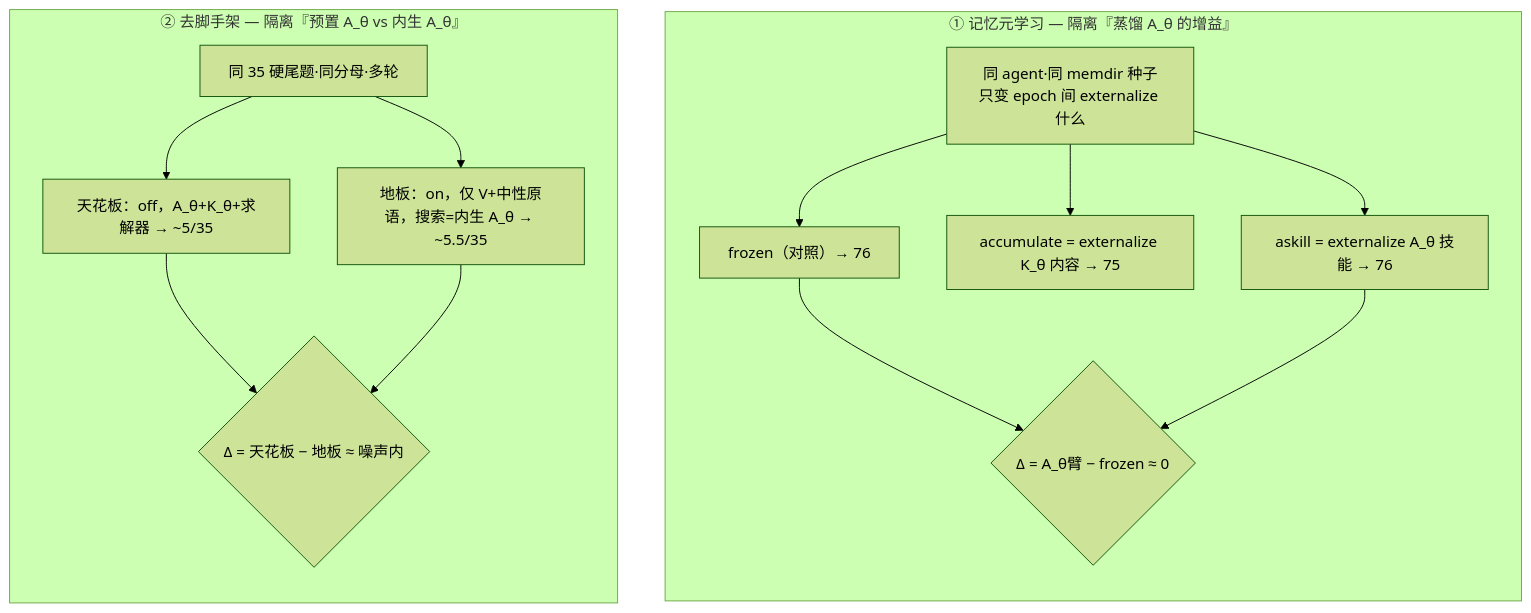
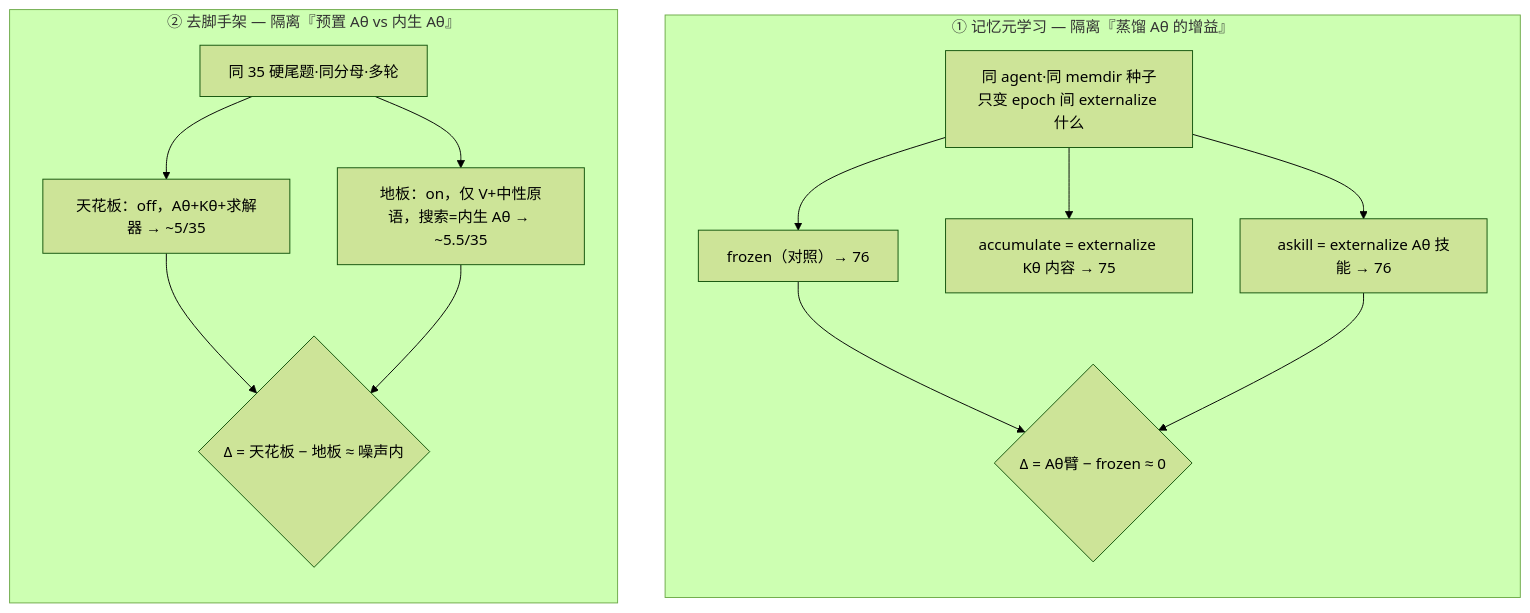
One commit to wenhui-ml/AI4RNA changed the second of 2 diagrams in docs/weekly-report/2026-07-10.md. Above: the diagram before and after it, drawn with Mermaid (forest theme). The commit also changed other lines of this file, not shown here.

````diff
--- a/docs/weekly-report/2026-07-10.md
+++ b/docs/weekly-report/2026-07-10.md
@@ -52,18 +54,18 @@
 ```mermaid
 flowchart TB
-  subgraph E_MEM["① 记忆元学习 — 隔离『蒸馏 A_θ 的增益』"]
+  subgraph E_MEM["① 记忆元学习 — 隔离『蒸馏 Aθ 的增益』"]
     direction TB
     B1["同 agent·同 memdir 种子<br/>只变 epoch 间 externalize 什么"] --> M_F["frozen（对照）→ 76"]
-    B1 --> M_K["accumulate = externalize K_θ 内容 → 75"]
-    B1 --> M_A["askill = externalize A_θ 技能 → 76"]
-    M_F --> D1{"Δ = A_θ臂 − frozen ≈ 0"}
+    B1 --> M_K["accumulate = externalize Kθ 内容 → 75"]
+    B1 --> M_A["askill = externalize Aθ 技能 → 76"]
+    M_F --> D1{"Δ = Aθ臂 − frozen ≈ 0"}
     M_A --> D1
   end
-  subgraph E_SCAF["② 去脚手架 — 隔离『预置 A_θ vs 内生 A_θ』"]
+  subgraph E_SCAF["② 去脚手架 — 隔离『预置 Aθ vs 内生 Aθ』"]
     direction TB
-    B2["同 35 硬尾题·同分母·多轮"] --> S_C["天花板：off，A_θ+K_θ+求解器 → ~5/35"]
-    B2 --> S_F["地板：on，仅 V+中性原语，搜索=内生 A_θ → ~5.5/35"]
+    B2["同 35 硬尾题·同分母·多轮"] --> S_C["天花板：off，Aθ+Kθ+求解器 → ~5/35"]
+    B2 --> S_F["地板：on，仅 V+中性原语，搜索=内生 Aθ → ~5.5/35"]
     S_C --> D2{"Δ = 天花板 − 地板 ≈ 噪声内"}
     S_F --> D2
   end
 ```
````
